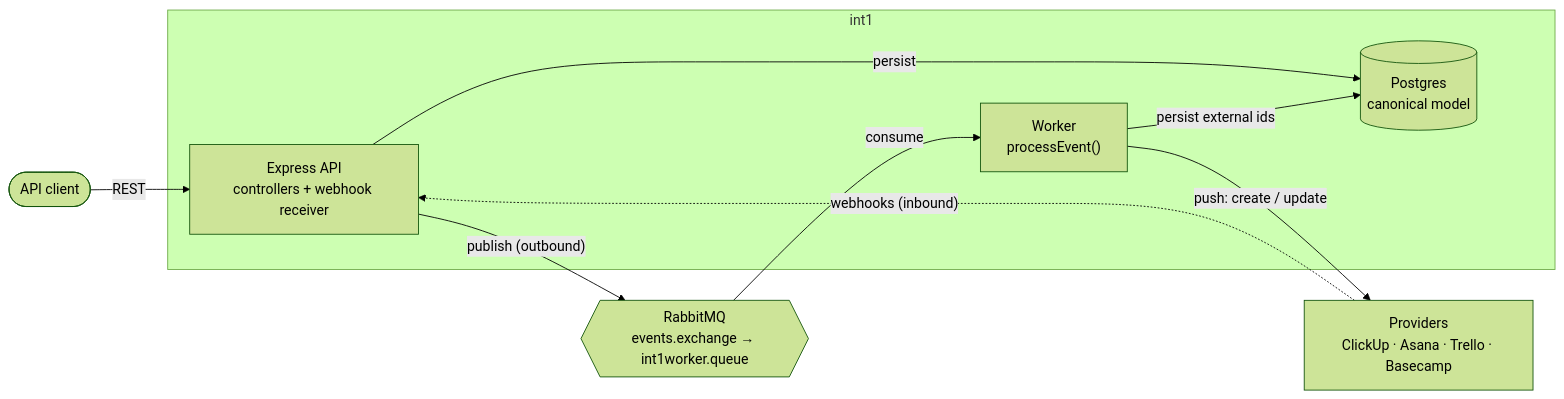
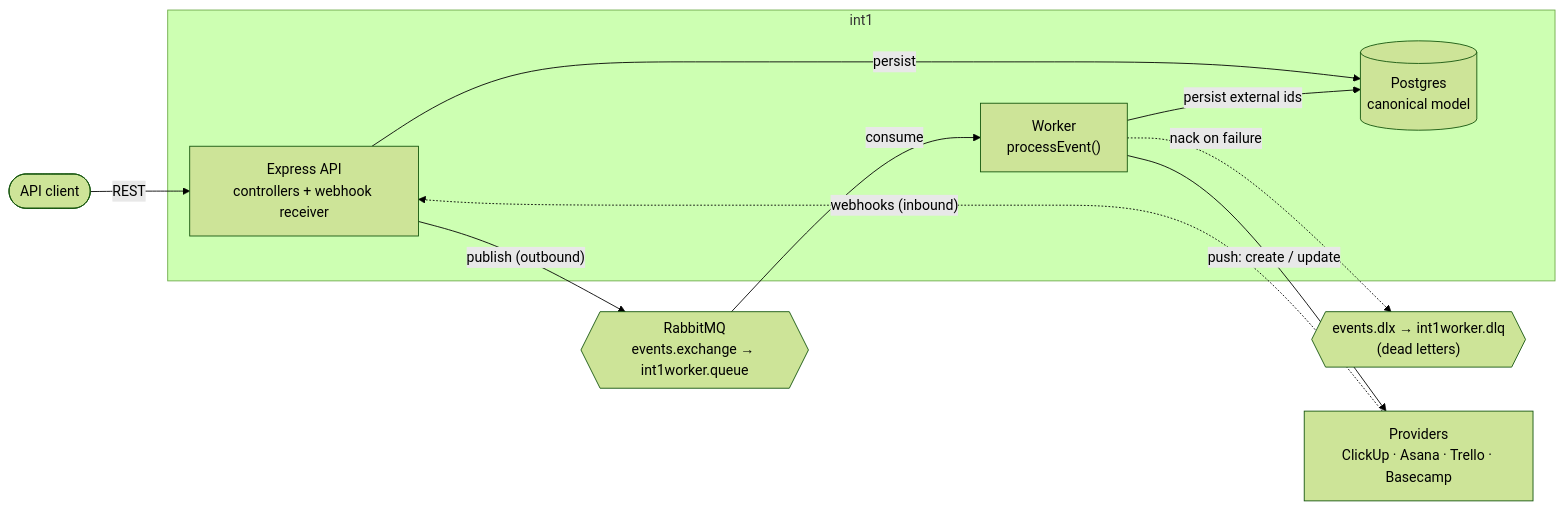
One commit to shrirambalakrishnan/int1 changed the first of 4 diagrams in README.md. Above: the diagram before and after it, drawn with Mermaid (forest theme). The commit also changed other lines of this file and 2 other files, not shown here.

First line of the commit message:
Implement DLQ - dead letter exchange     - pushes message to dead letter queue

````diff
--- a/README.md
+++ b/README.md
@@ -41,19 +41,21 @@
 ```mermaid
 flowchart LR
     client(["API client"])
     subgraph int1
         api["Express API<br/>controllers + webhook receiver"]
         worker["Worker<br/>processEvent()"]
         pg[("Postgres<br/>canonical model")]
     end
     mq{{"RabbitMQ<br/>events.exchange → int1worker.queue"}}
+    dlq{{"events.dlx → int1worker.dlq<br/>(dead letters)"}}
     prov["Providers<br/>ClickUp · Asana · Trello · Basecamp"]
 
     client -->|REST| api
     api -->|persist| pg
     api -->|"publish (outbound)"| mq
     mq -->|consume| worker
     worker -->|persist external ids| pg
     worker -->|"push: create / update"| prov
+    worker -.->|"nack on failure"| dlq
     prov -.->|"webhooks (inbound)"| api
 ```
````
